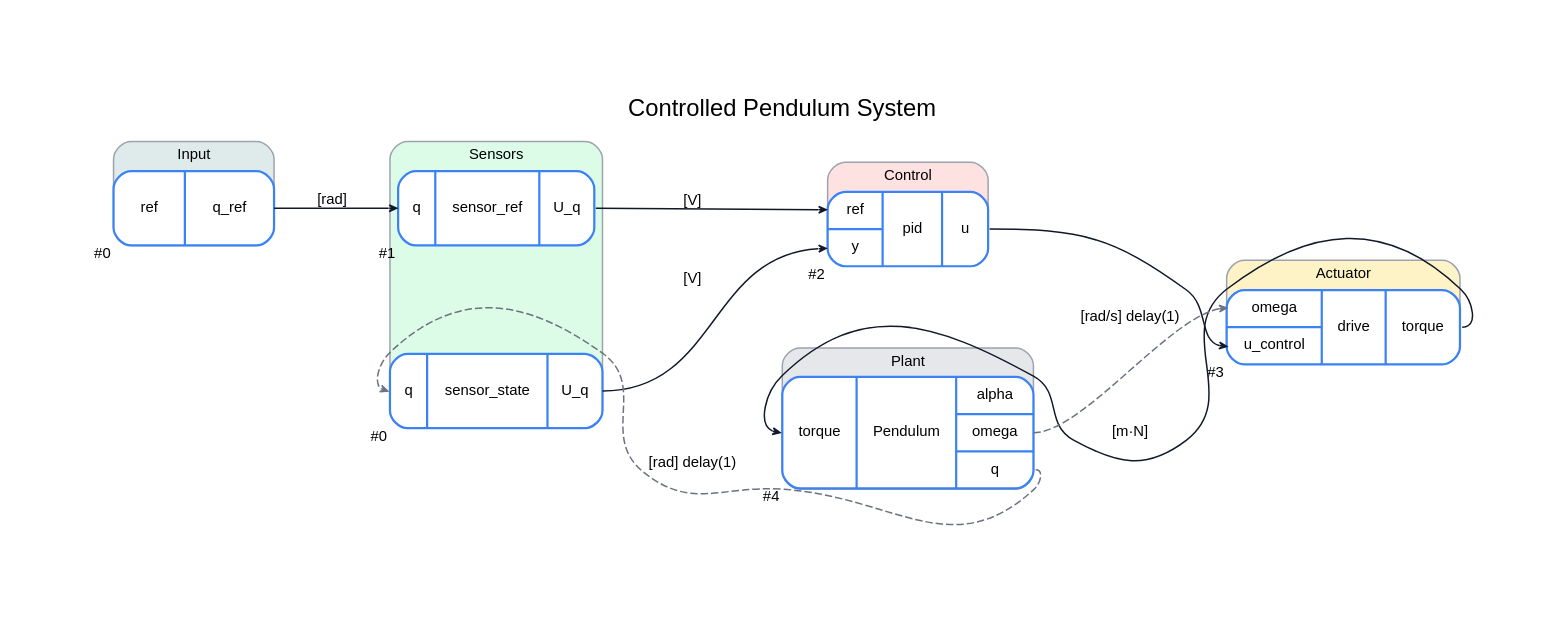
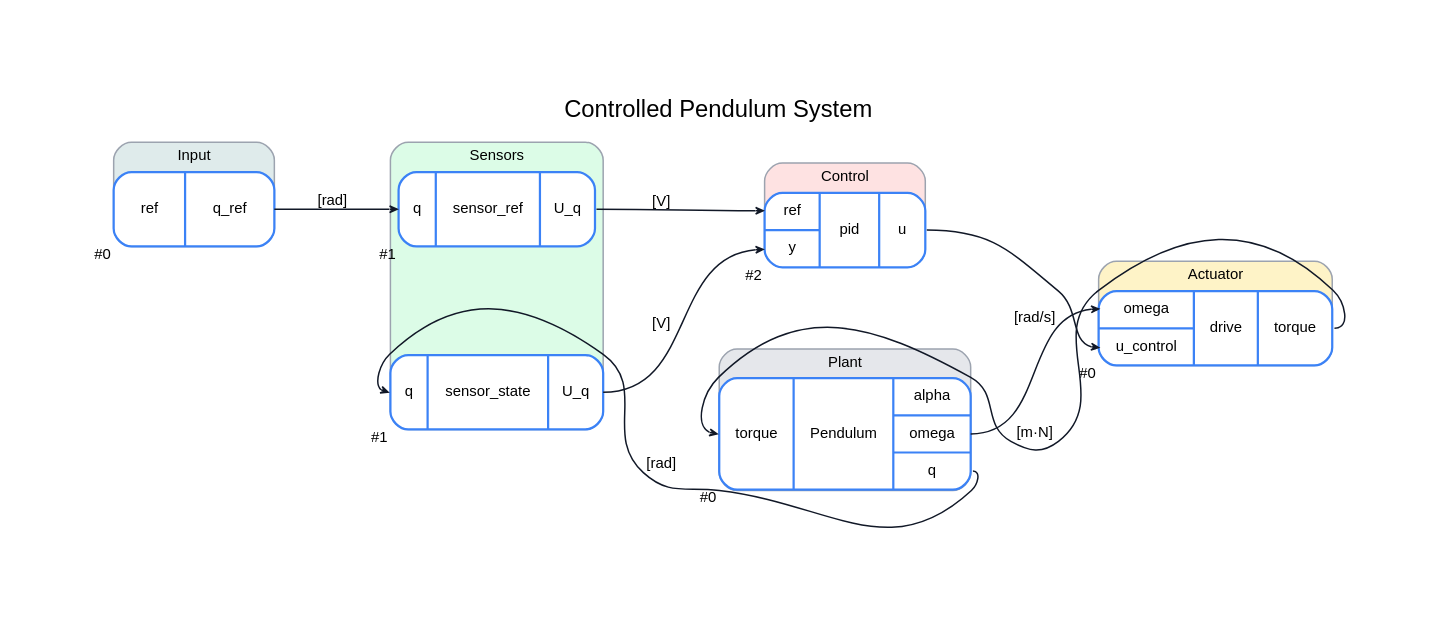
Before and after one commit to FlorianFrech/SystemSimulation: the diagram in demos/ControlledPendulum/Digraph.gv, drawn with Graphviz. The commit also changed 31 other files, not shown here.

Commit message:
Update System: -  CoSimComponent (currently FMUComponent uses Model Structure in Model Description) provides information which outputs are direct feedthrough and used to detect algebraic cycles -  Removed delay from connections - Adapted Modelica Models for Drive, Sampled PID, Impact Wall

```diff
--- a/demos/ControlledPendulum/Digraph.gv
+++ b/demos/ControlledPendulum/Digraph.gv
@@ -1,34 +1,34 @@
 // System: Controlled Pendulum System
 digraph {
 	graph [bgcolor=white compound=true esep=0 fontname=Helvetica fontsize=16 label="Controlled Pendulum System" labelloc=t margin=0.2 nodesep=1 pad=0.75 rankdir=LR ranksep=0.75 sep=0 smoothType=graph_dist splines=true]
 	node [color="#3b82f6" fillcolor=white fontname=Helvetica fontsize=10 height=0.7 margin="0.12,0.1" penwidth=1.5 shape=record style="rounded,filled" width=1.5]
 	edge [arrowhead=open arrowsize=0.5 arrowtail=none color="#111827" dir=forward fontname=Helvetica fontsize=10 labelangle=45 labelfontcolor="#374151" minlen=1.4 penwidth=1 style=solid]
 	subgraph cluster_Input {
 		bgcolor="#dfebeb" color="#9ca3af" fontname=Helvetica fontsize=10 label=Input style=rounded
 		ref [label="{ ref | { <q_ref> q_ref } }" xlabel="#0"]
 	}
 	subgraph cluster_Sensors {
 		bgcolor="#dcfce7" color="#9ca3af" fontname=Helvetica fontsize=10 label=Sensors style=rounded
 		sensor_ref [label="{ { <q> q } | sensor_ref | { <U_q> U_q } }" xlabel="#1"]
-		sensor_state [label="{ { <q> q } | sensor_state | { <U_q> U_q } }" xlabel="#0"]
+		sensor_state [label="{ { <q> q } | sensor_state | { <U_q> U_q } }" xlabel="#1"]
 	}
 	subgraph cluster_Control {
 		bgcolor="#fee2e2" color="#9ca3af" fontname=Helvetica fontsize=10 label=Control style=rounded
 		pid [label="{ { <ref> ref | <y> y } | pid | { <u> u } }" xlabel="#2"]
 	}
 	subgraph cluster_Actuator {
 		bgcolor="#fef3c7" color="#9ca3af" fontname=Helvetica fontsize=10 label=Actuator style=rounded
-		drive [label="{ { <omega> omega | <u_control> u_control } | drive | { <torque> torque } }" xlabel="#3"]
+		drive [label="{ { <omega> omega | <u_control> u_control } | drive | { <torque> torque } }" xlabel="#0"]
 	}
 	subgraph cluster_Plant {
 		bgcolor="#e5e7eb" color="#9ca3af" fontname=Helvetica fontsize=10 label=Plant style=rounded
-		Pendulum [label="{ { <torque> torque } | Pendulum | { <alpha> alpha | <omega> omega | <q> q } }" xlabel="#4"]
+		Pendulum [label="{ { <torque> torque } | Pendulum | { <alpha> alpha | <omega> omega | <q> q } }" xlabel="#0"]
 	}
 	ref -> sensor_ref [label="[rad]" color="#111827" headclip=true headport="q:w" style=solid tailclip=true tailport="q_ref:e"]
-	Pendulum -> sensor_state [label="[rad] delay(1)" color="#6b7280" headclip=true headport="q:w" style=dashed tailclip=true tailport="q:e"]
+	Pendulum -> sensor_state [label="[rad]" color="#111827" headclip=true headport="q:w" style=solid tailclip=true tailport="q:e"]
 	sensor_ref -> pid [label="[V]" color="#111827" headclip=true headport="ref:w" style=solid tailclip=true tailport="U_q:e"]
 	sensor_state -> pid [label="[V]" color="#111827" headclip=true headport="y:w" style=solid tailclip=true tailport="U_q:e"]
 	pid -> drive [label="" color="#111827" headclip=true headport="u_control:w" style=solid tailclip=true tailport="u:e"]
 	drive -> Pendulum [label="[m·N]" color="#111827" headclip=true headport="torque:w" style=solid tailclip=true tailport="torque:e"]
-	Pendulum -> drive [label="[rad/s] delay(1)" color="#6b7280" headclip=true headport="omega:w" style=dashed tailclip=true tailport="omega:e"]
+	Pendulum -> drive [label="[rad/s]" color="#111827" headclip=true headport="omega:w" style=solid tailclip=true tailport="omega:e"]
 }
```
